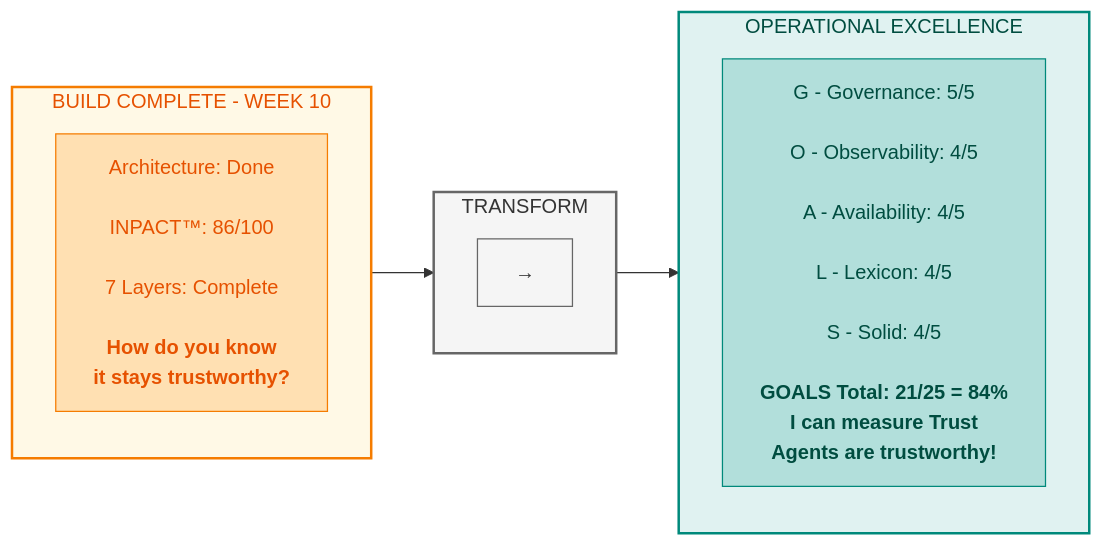
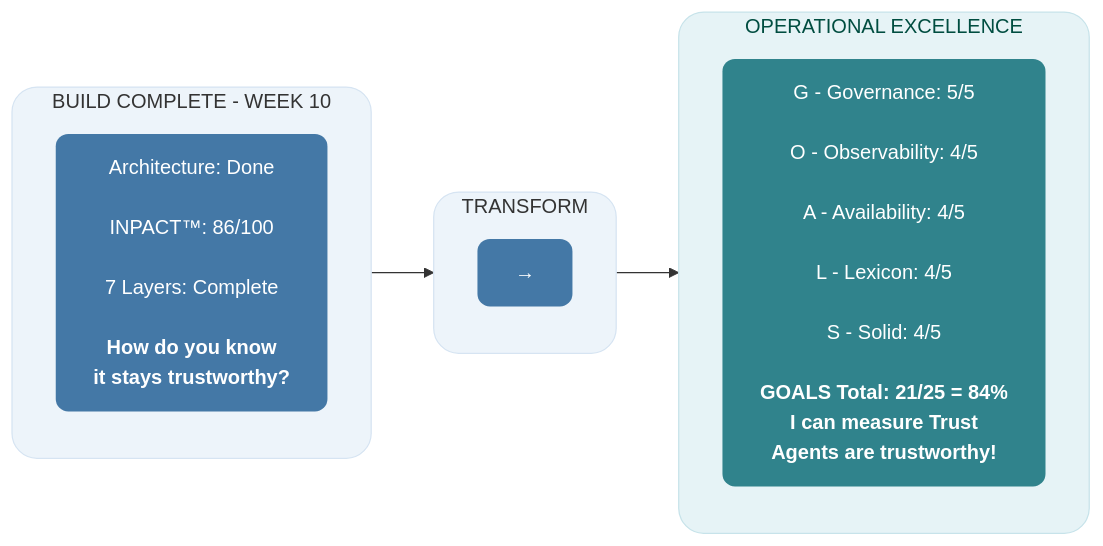
Before and after one commit to saitejesh-cyber/trust-before-intelligence-book: the first of 14 diagrams in manuscript/08_chapter_7_goals_framework.md, drawn with Mermaid. The commit also changed other lines of this file and 7 other files, not shown here.

Commit message:
Chapter 6to13: Updated mermaid diagrams based on new colaberry color code

````diff
--- a/manuscript/08_chapter_7_goals_framework.md
+++ b/manuscript/08_chapter_7_goals_framework.md
@@ -34,28 +34,28 @@
 ```mermaid
 
 graph LR
     subgraph BUILD["BUILD COMPLETE - WEEK 10"]
         direction TB
         B1["Architecture: Done<br/><br/>INPACT™: 86/100<br/><br/>7 Layers: Complete<br/><br/><b>How do you know<br/>it stays trustworthy?</b>"]
     end
     
     subgraph TRANSFORM["TRANSFORM"]
         direction TB
         T1["→"]
     end
     
     subgraph OPERATE["OPERATIONAL EXCELLENCE"]
         direction TB
         O1["G - Governance: 5/5<br/><br/>O - Observability: 4/5<br/><br/>A - Availability: 4/5<br/><br/>L - Lexicon: 4/5<br/><br/>S - Solid: 4/5<br/><br/><b>GOALS Total: 21/25 = 84%<br/>I can measure Trust<br/>Agents are trustworthy!"]
     end
     
     BUILD --> TRANSFORM --> OPERATE
     
-    style BUILD fill:#fff9e6,stroke:#f57c00,stroke-width:2px,color:#e65100
-    style TRANSFORM fill:#f5f5f5,stroke:#666666,stroke-width:2px,color:#333333
-    style OPERATE fill:#e0f2f1,stroke:#00897b,stroke-width:2px,color:#004d40
-    style B1 fill:#ffe0b2,stroke:#f57c00,color:#e65100
-    style T1 fill:#f5f5f5,stroke:#666666,color:#333333
-    style O1 fill:#b2dfdb,stroke:#00897b,color:#004d40
+    style BUILD fill:#edf4fa,stroke:#d6e4f2,stroke-width:1px,color:#333333,rx:20,ry:20
+    style TRANSFORM fill:#edf4fa,stroke:#d6e4f2,stroke-width:1px,color:#333333,rx:20,ry:20
+    style OPERATE fill:#e6f3f6,stroke:#c7e3ea,stroke-width:1px,color:#004d40,rx:20,ry:20
+    style B1 fill:#4478A6,stroke:none,color:#ffffff,rx:10,ry:10
+    style T1 fill:#4478A6,stroke:none,color:#ffffff,rx:10,ry:10
+    style O1 fill:#30838C,stroke:none,color:#ffffff,rx:10,ry:10
 
 ```
````
